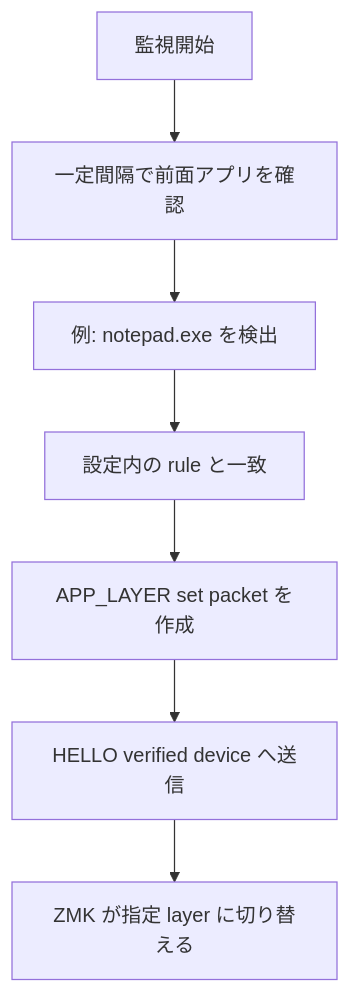
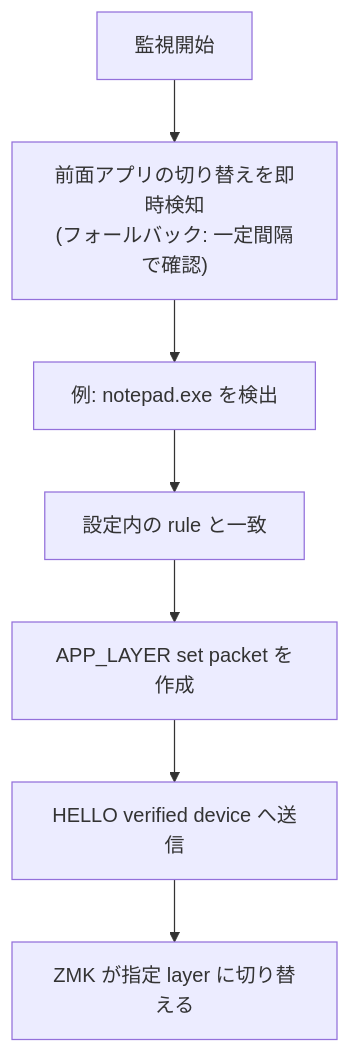
Before and after one commit to hrmt-lab/Keylink-Studio: the third of 3 diagrams in docs/technology-overview.md, drawn with Mermaid. The commit also changed other lines of this file and 38 other files, not shown here.

````diff
--- a/docs/technology-overview.md
+++ b/docs/technology-overview.md
@@ -179,9 +201,9 @@
 ```mermaid
 flowchart TD
-    A["監視開始"] --> B["一定間隔で前面アプリを確認"]
+    A["監視開始"] --> B["前面アプリの切り替えを即時検知<br>(フォールバック: 一定間隔で確認)"]
     B --> C["例: notepad.exe を検出"]
     C --> D["設定内の rule と一致"]
     D --> E["APP_LAYER set packet を作成"]
     E --> F["HELLO verified device へ送信"]
     F --> G["ZMK が指定 layer に切り替える"]
 ```
````
